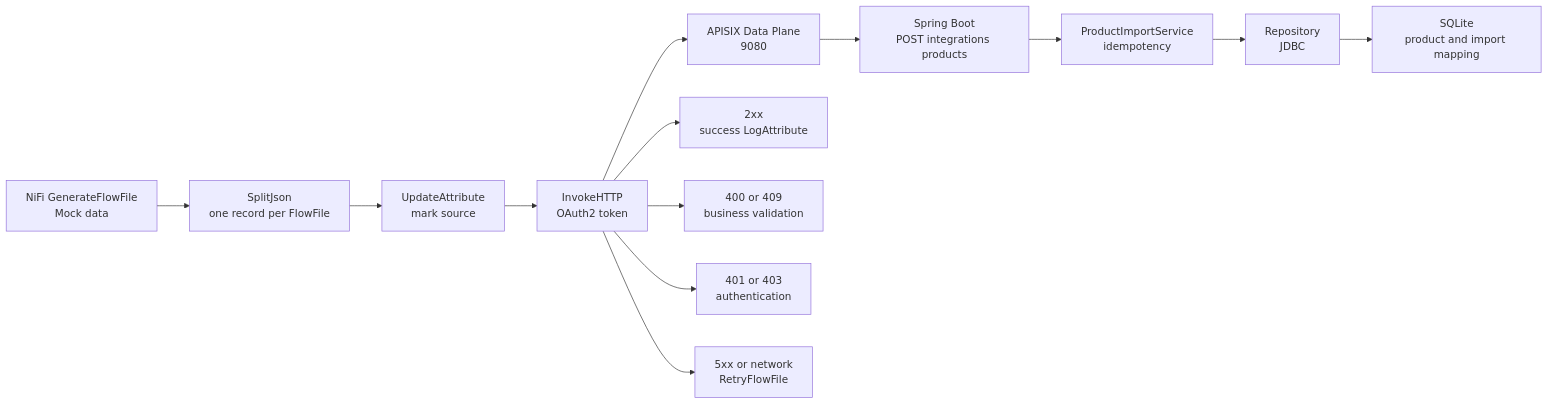
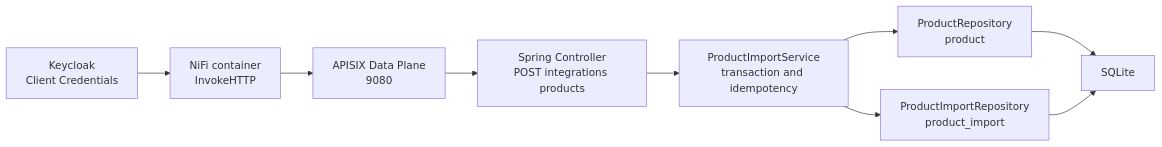
One commit to Ting-s515/nifi-training changed the first of 2 diagrams in docs/nifi-training/12-nifi-apisix-spring-ingest.md. Above: the diagram before and after it, drawn with Mermaid. The commit also changed other lines of this file and 3 other files, not shown here.

````diff
--- a/docs/nifi-training/12-nifi-apisix-spring-ingest.md
+++ b/docs/nifi-training/12-nifi-apisix-spring-ingest.md
@@ -16,15 +16,11 @@
-```mermaid
+~~~mermaid
 flowchart LR
-    source["NiFi GenerateFlowFile<br>Mock data"] --> split["SplitJson<br>one record per FlowFile"]
-    split --> update["UpdateAttribute<br>mark source"]
-    update --> invoke["InvokeHTTP<br>OAuth2 token"]
-    invoke --> gateway["APISIX Data Plane<br>9080"]
-    gateway --> api["Spring Boot<br>POST integrations products"]
-    api --> service["ProductImportService<br>idempotency"]
-    service --> repository["Repository<br>JDBC"]
-    repository --> database["SQLite<br>product and import mapping"]
-    invoke --> success["2xx<br>success LogAttribute"]
-    invoke --> validation["400 or 409<br>business validation"]
-    invoke --> auth["401 or 403<br>authentication"]
-    invoke --> retry["5xx or network<br>RetryFlowFile"]
-```
+    keycloak["Keycloak<br>Client Credentials"] --> nifi["NiFi container<br>InvokeHTTP"]
+    nifi --> apisix["APISIX Data Plane<br>9080"]
+    apisix --> controller["Spring Controller<br>POST integrations products"]
+    controller --> service["ProductImportService<br>transaction and idempotency"]
+    service --> product["ProductRepository<br>product"]
+    service --> mapping["ProductImportRepository<br>product_import"]
+    product --> database["SQLite"]
+    mapping --> database
+~~~
````
